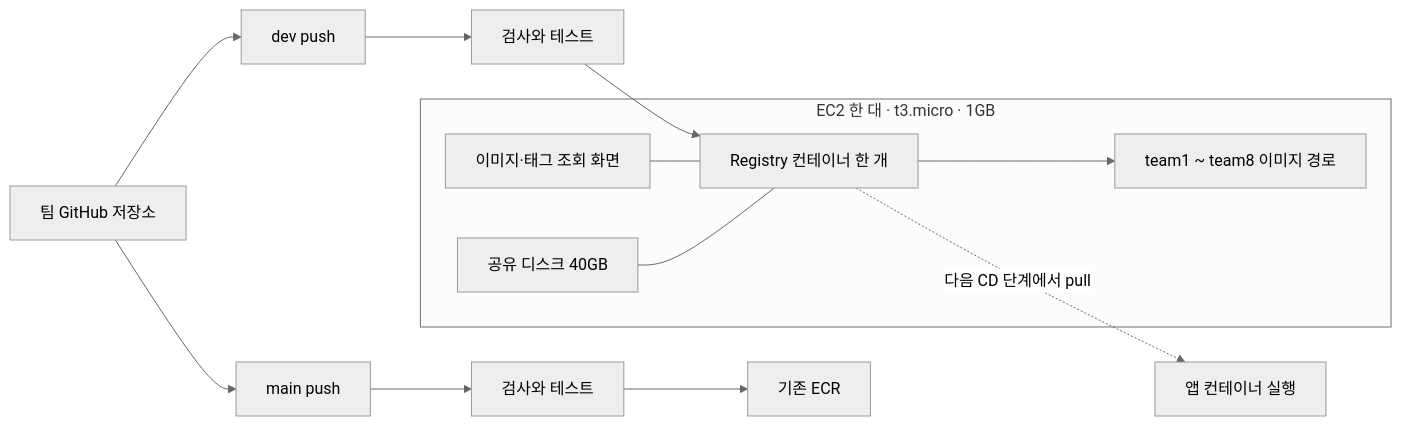
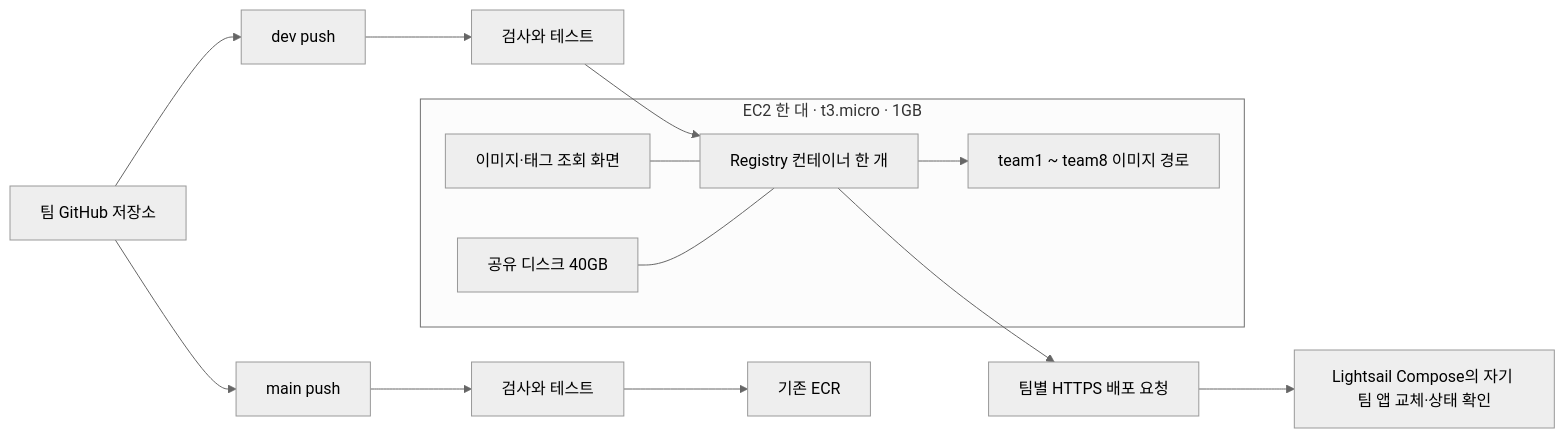
Before and after one commit to MinQDU014/idea-support-server: the diagram in docs/DEV_REGISTRY.md, drawn with Mermaid (neutral theme). The commit also changed other lines of this file and 11 other files, not shown here.

````diff
--- a/docs/DEV_REGISTRY.md
+++ b/docs/DEV_REGISTRY.md
@@ -17,15 +17,16 @@
 ```mermaid
 flowchart LR
     Git[팀 GitHub 저장소] --> Main[main push]
     Git --> Dev[dev push]
     Main --> TestM[검사와 테스트]
     TestM --> ECR[기존 ECR]
     Dev --> TestD[검사와 테스트]
     TestD --> Registry
     subgraph EC2[EC2 한 대 · t3.micro · 1GB]
         Registry[Registry 컨테이너 한 개] --> Names[team1 ~ team8 이미지 경로]
         UI[이미지·태그 조회 화면] --- Registry
         Disk[공유 디스크 40GB] --- Registry
     end
-    Registry -. 다음 CD 단계에서 pull .-> App[앱 컨테이너 실행]
+    Registry --> Deploy[팀별 HTTPS 배포 요청]
+    Deploy --> App[Lightsail Compose의 자기 팀 앱 교체·상태 확인]
 ```
````
